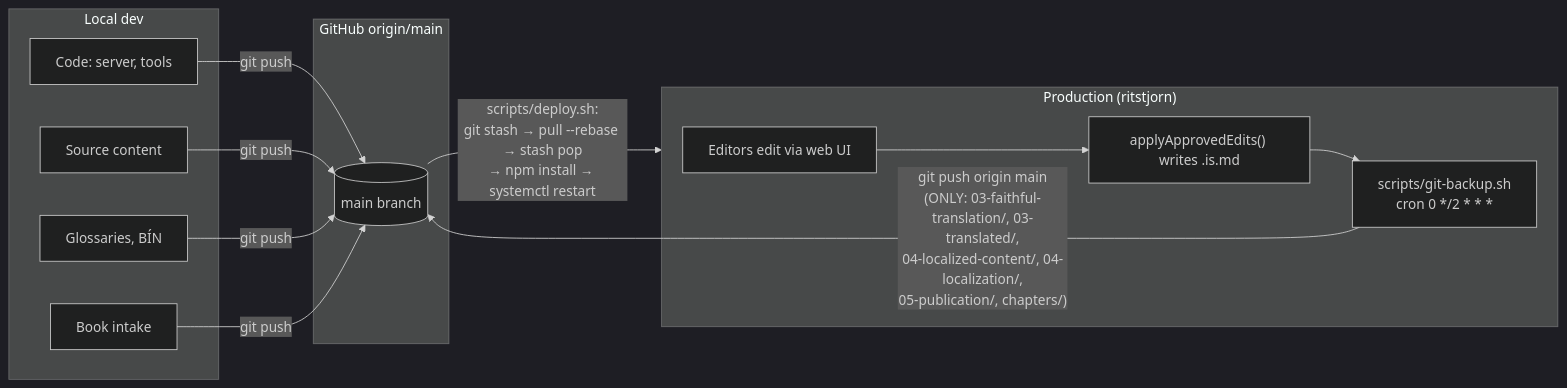
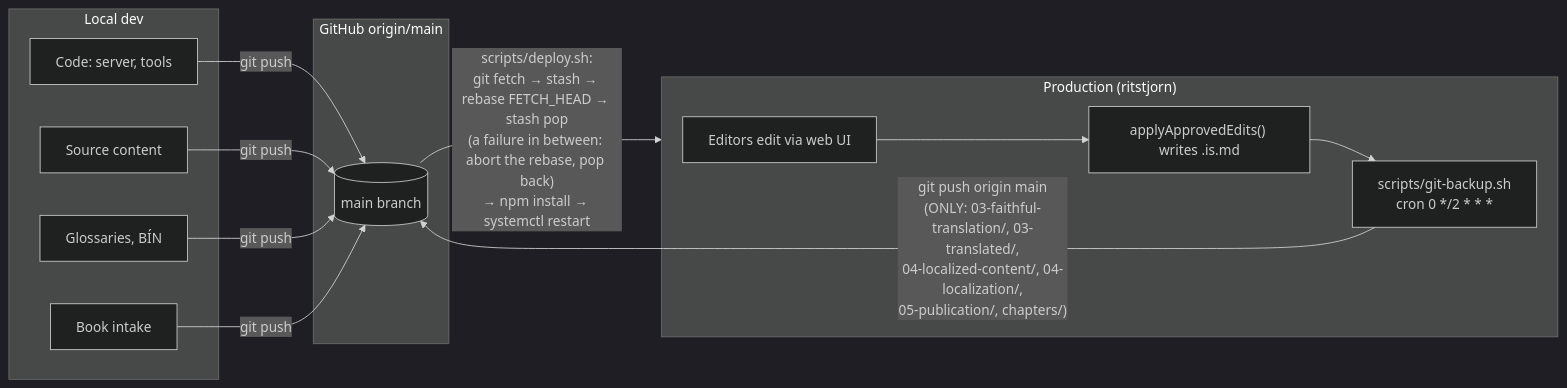
One commit to SigurdurVilhelmsson/namsbokasafn-efni changed the diagram in docs/deployment/server-operations.md. Above: the diagram before and after it, drawn with Mermaid (dark theme). The commit also changed 7 other files, not shown here.

````diff
--- a/docs/deployment/server-operations.md
+++ b/docs/deployment/server-operations.md
@@ -9,29 +9,29 @@
 ```mermaid
 flowchart LR
     subgraph DEV["Local dev"]
         D1[Code: server, tools]
         D2[Source content]
         D3[Glossaries, BÍN]
         D4[Book intake]
     end
 
     subgraph GH["GitHub origin/main"]
         G[(main branch)]
     end
 
     subgraph PROD["Production (ritstjorn)"]
         P1[Editors edit via web UI]
         P2["applyApprovedEdits() writes .is.md"]
         P3["scripts/git-backup.sh<br/>cron 0 */2 * * *"]
     end
 
     D1 -->|git push| G
     D2 -->|git push| G
     D3 -->|git push| G
     D4 -->|git push| G
 
-    G -->|"scripts/deploy.sh:<br/>git stash → pull --rebase → stash pop<br/>→ npm install → systemctl restart"| PROD
+    G -->|"scripts/deploy.sh:<br/>git fetch → stash → rebase FETCH_HEAD → stash pop<br/>(a failure in between: abort the rebase, pop back)<br/>→ npm install → systemctl restart"| PROD
 
     P1 --> P2 --> P3
     P3 -->|"git push origin main<br/>(ONLY: 03-faithful-translation/, 03-translated/,<br/>04-localized-content/, 04-localization/,<br/>05-publication/, chapters/)"| G
 ```
````
